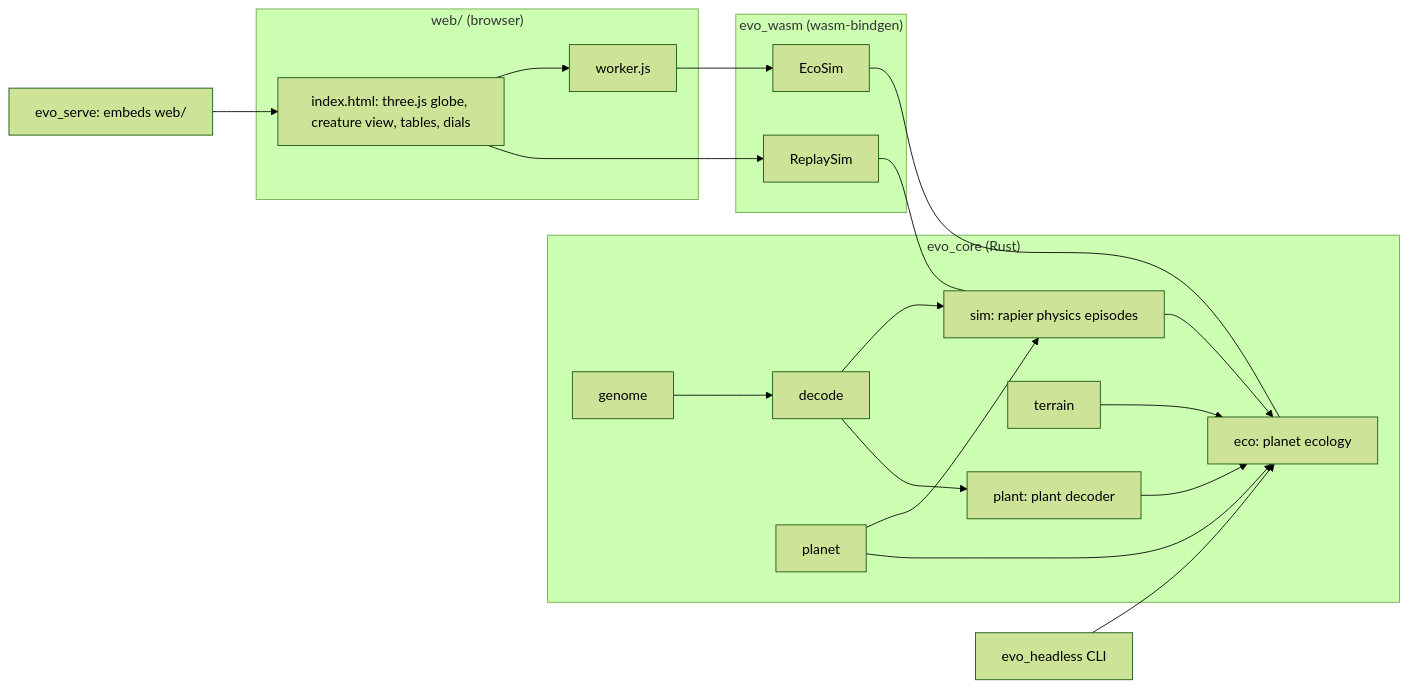
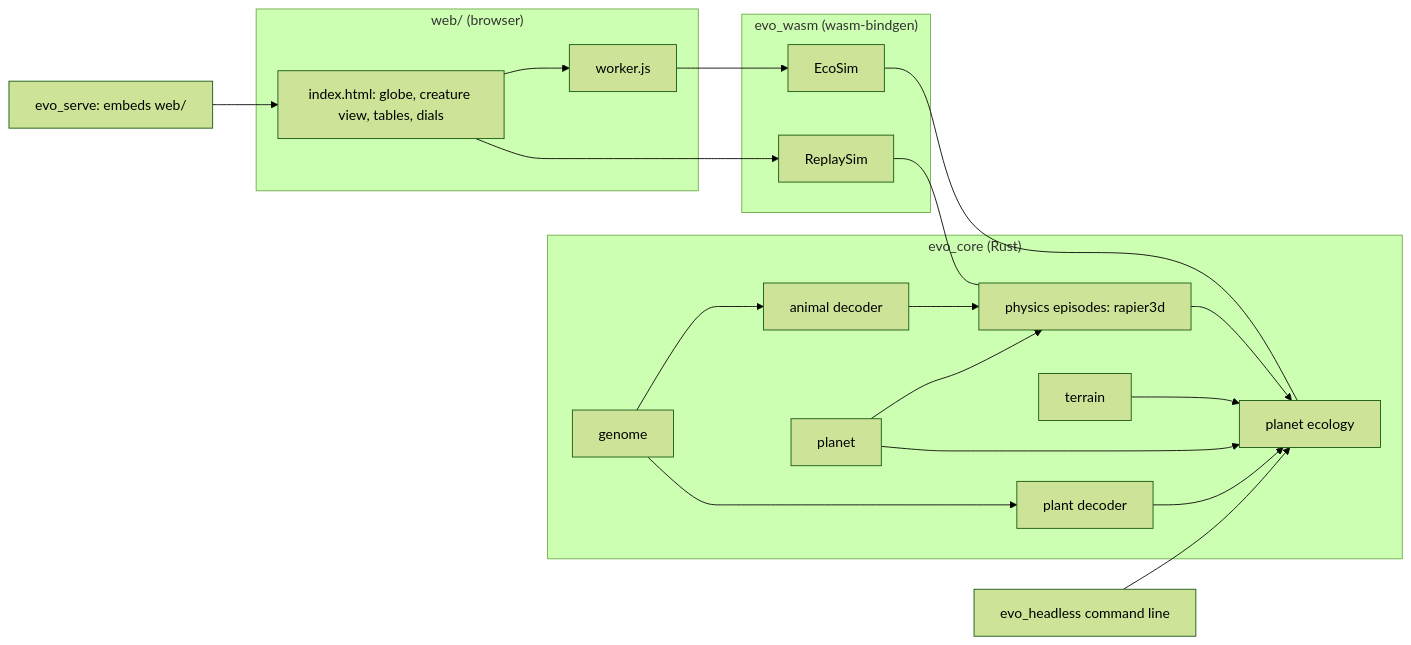
One commit to Tubbles/evo-planet changed the first of 5 diagrams in docs/SPEC.md. Above: the diagram before and after it, drawn with Mermaid (forest theme). The commit also changed other lines of this file and 13 other files, not shown here.

````diff
--- a/docs/SPEC.md
+++ b/docs/SPEC.md
@@ -13,24 +24,24 @@
 ```mermaid
 flowchart LR
   subgraph core["evo_core (Rust)"]
-    G[genome] --> D[decode]
-    D --> S[sim: rapier physics episodes]
-    D --> P[plant: plant decoder]
-    S --> E[eco: planet ecology]
+    G[genome] --> D[animal decoder]
+    G --> P[plant decoder]
+    D --> S[physics episodes: rapier3d]
+    S --> E[planet ecology]
     P --> E
     T[terrain] --> E
     PL[planet] --> S
     PL --> E
   end
   subgraph wasm["evo_wasm (wasm-bindgen)"]
     W2[EcoSim] --- E
     W3[ReplaySim] --- S
   end
   subgraph web["web/ (browser)"]
     WK[worker.js] --> W2
-    IX[index.html: three.js globe, creature view, tables, dials] --> WK
+    IX[index.html: globe, creature view, tables, dials] --> WK
     IX --> W3
   end
-  H[evo_headless CLI] --> E
+  H[evo_headless command line] --> E
   SV[evo_serve: embeds web/] --> IX
 ```
````
